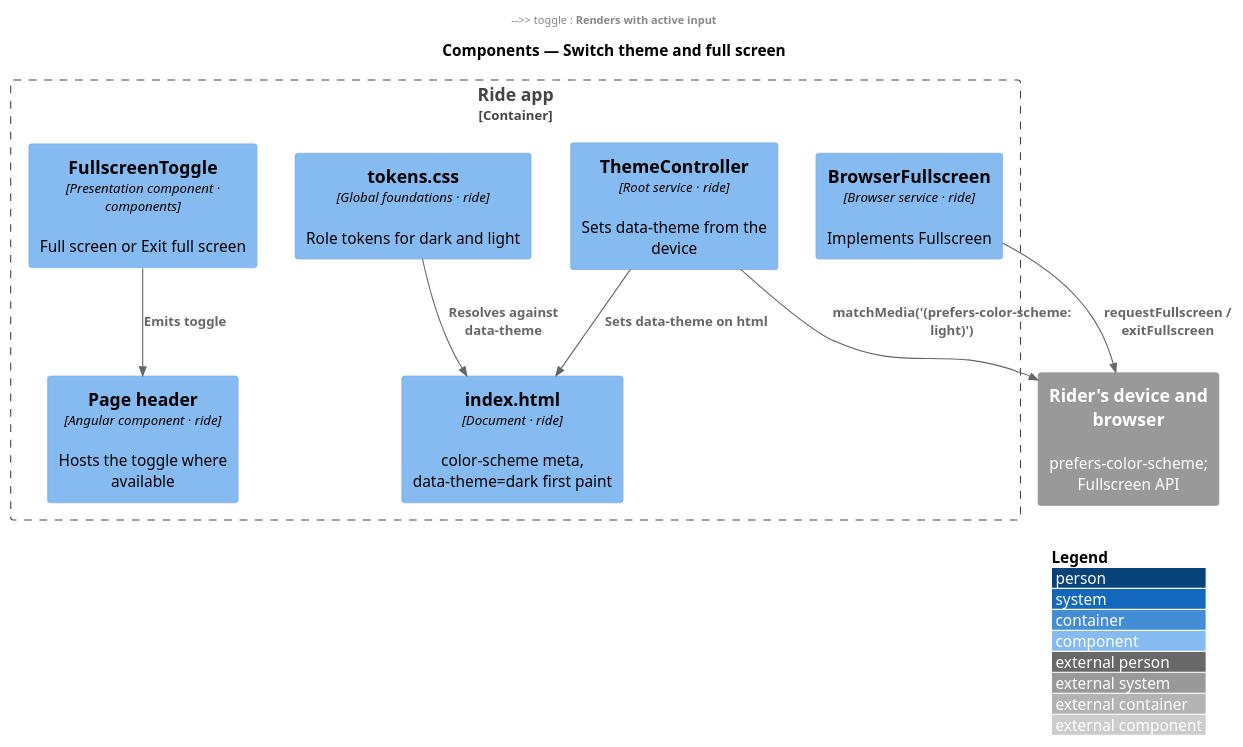
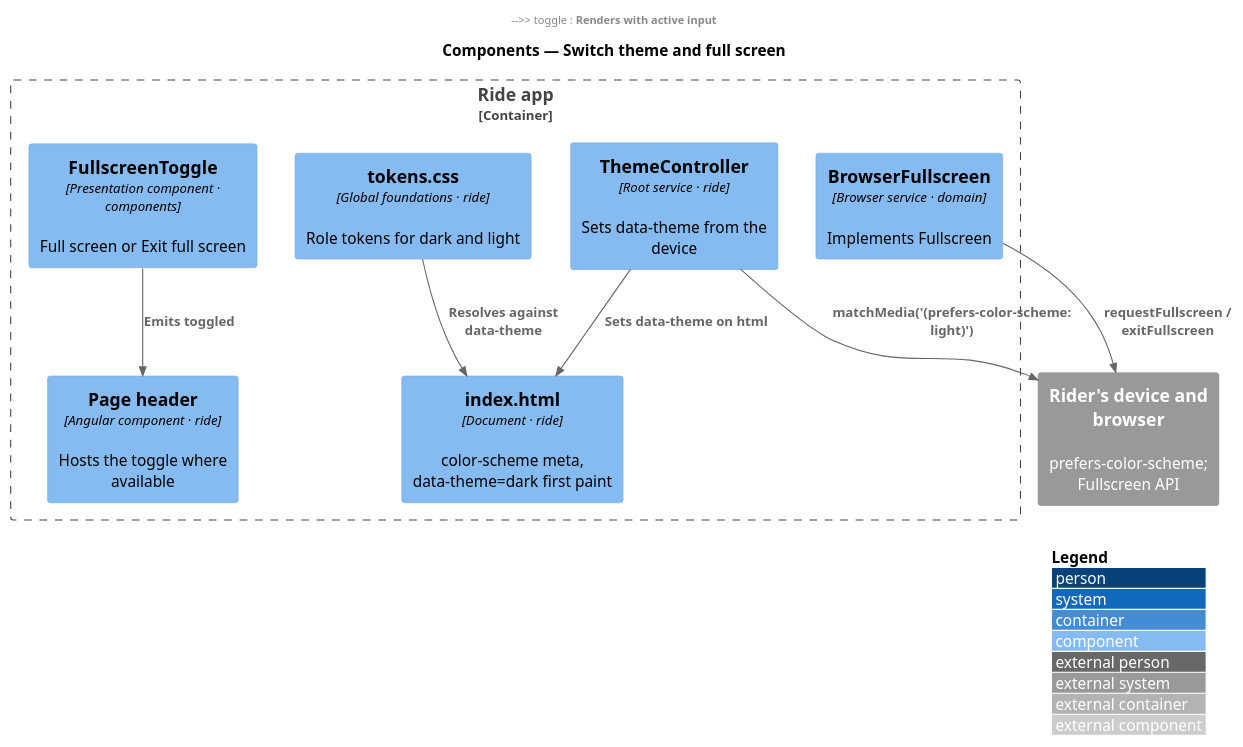
Before and after one commit to QuinntyneBrown/ride-one: the diagram in docs/detailed-designs/ui/switch-theme-and-full-screen/diagrams/c4-component.puml, drawn with PlantUML. The commit also changed 27 other files, not shown here.

```diff
--- a/docs/detailed-designs/ui/switch-theme-and-full-screen/diagrams/c4-component.puml
+++ b/docs/detailed-designs/ui/switch-theme-and-full-screen/diagrams/c4-component.puml
@@ -1,22 +1,22 @@
 @startuml
 !include <C4/C4_Component>
 LAYOUT_WITH_LEGEND()
 title Components — Switch theme and full screen
 
 System_Ext(device, "Rider's device and browser", "prefers-color-scheme; Fullscreen API")
 Container_Boundary(app, "Ride app") {
   Component(index, "index.html", "Document · ride", "color-scheme meta, data-theme=dark first paint")
   Component(theme, "ThemeController", "Root service · ride", "Sets data-theme from the device")
   Component(tokens, "tokens.css", "Global foundations · ride", "Role tokens for dark and light")
   Component(header, "Page header", "Angular component · ride", "Hosts the toggle where available")
   Component(toggle, "FullscreenToggle", "Presentation component · components", "Full screen or Exit full screen")
-  Component(fs, "BrowserFullscreen", "Browser service · ride", "Implements Fullscreen")
+  Component(fs, "BrowserFullscreen", "Browser service · domain", "Implements Fullscreen")
 }
 Rel(theme, device, "matchMedia('(prefers-color-scheme: light)')")
 Rel(theme, index, "Sets data-theme on html")
 Rel(tokens, index, "Resolves against data-theme")
 Rel(header, fs, "Reads available and active")
 Rel(header, toggle, "Renders with active input")
-Rel(toggle, header, "Emits toggle")
+Rel(toggle, header, "Emits toggled")
 Rel(fs, device, "requestFullscreen / exitFullscreen")
 @enduml
```
